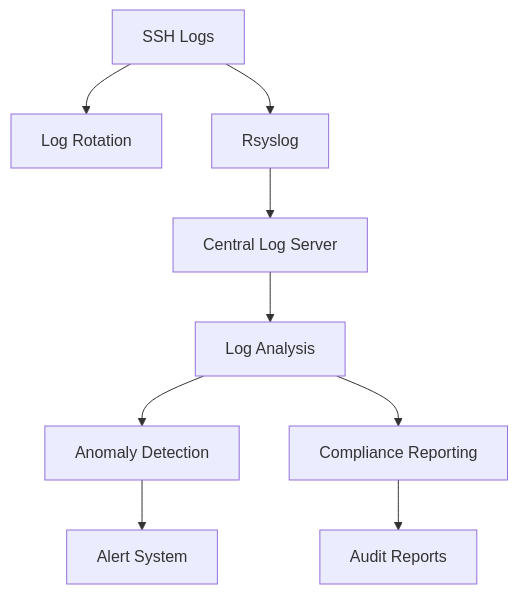
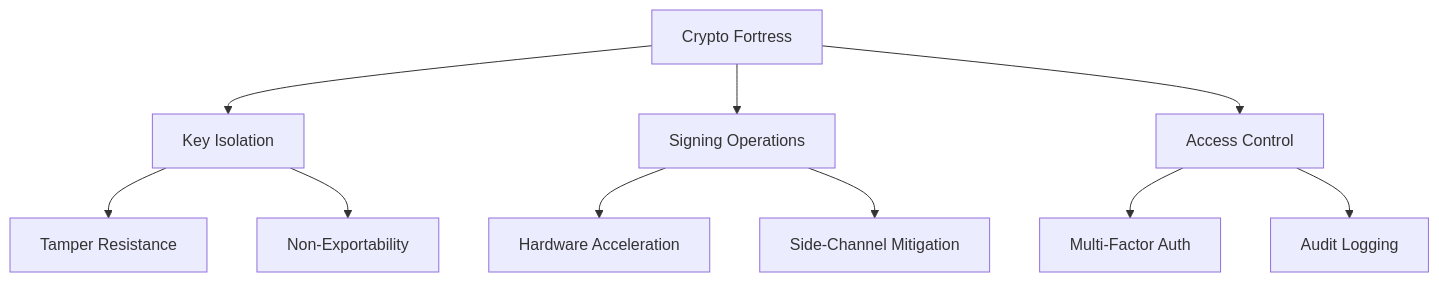
One commit to cipherbite/mastering-linux changed the second of 5 diagrams in mastering-ssh-part-one/4 - Advanced SSH Techniques.md. Above: the diagram before and after it, drawn with Mermaid. The commit also changed other lines of this file, not shown here.

Commit message:
Update 4 - Advanced SSH Techniques.md

````diff
--- a/mastering-ssh-part-one/4 - Advanced SSH Techniques.md
+++ b/mastering-ssh-part-one/4 - Advanced SSH Techniques.md
@@ -175,11 +138,12 @@
 ```mermaid
 graph TD
-    A[SSH Logs] --> B[Log Rotation]
-    A --> C[Rsyslog]
-    C --> D[Central Log Server]
-    D --> E[Log Analysis]
-    E --> F[Anomaly Detection]
-    E --> G[Compliance Reporting]
-    F --> H[Alert System]
-    G --> I[Audit Reports]
+    A[Crypto Fortress] --> B[Key Isolation]
+    A --> C[Signing Operations]
+    A --> D[Access Control]
+    B --> E[Tamper Resistance]
+    B --> F[Non-Exportability]
+    C --> G[Hardware Acceleration]
+    C --> H[Side-Channel Mitigation]
+    D --> I[Multi-Factor Auth]
+    D --> J[Audit Logging]
 ```
````
